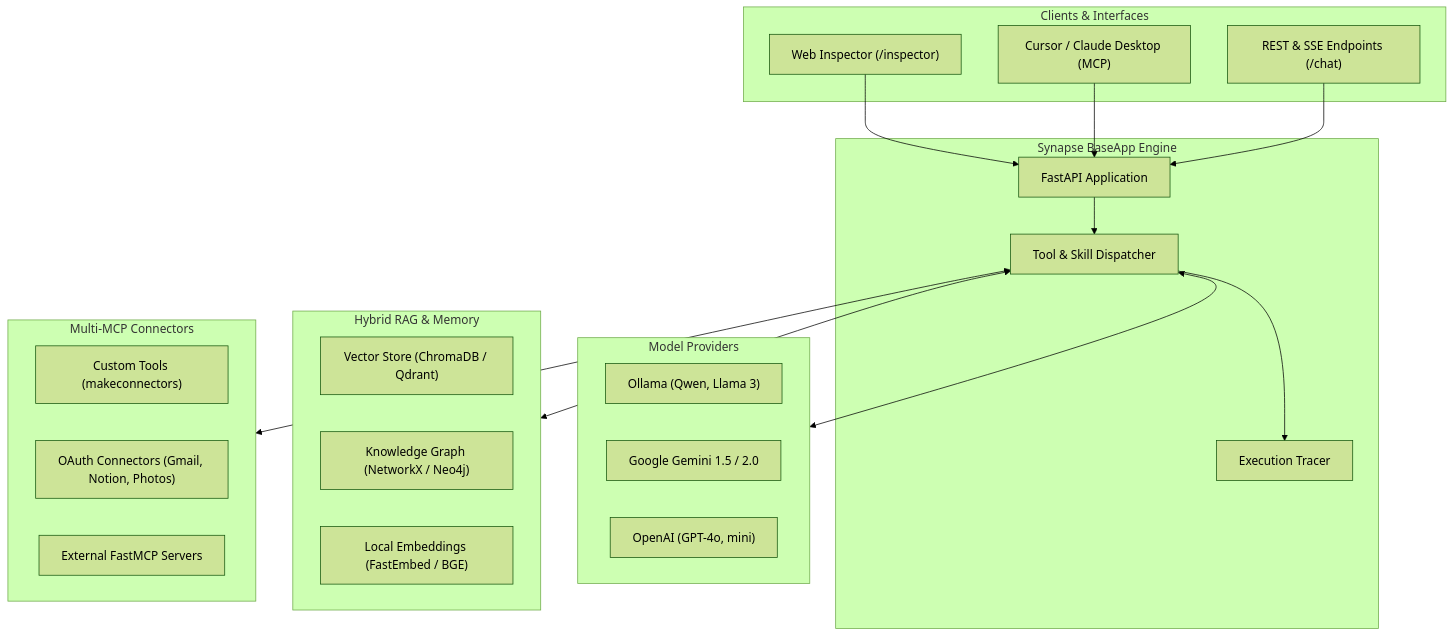
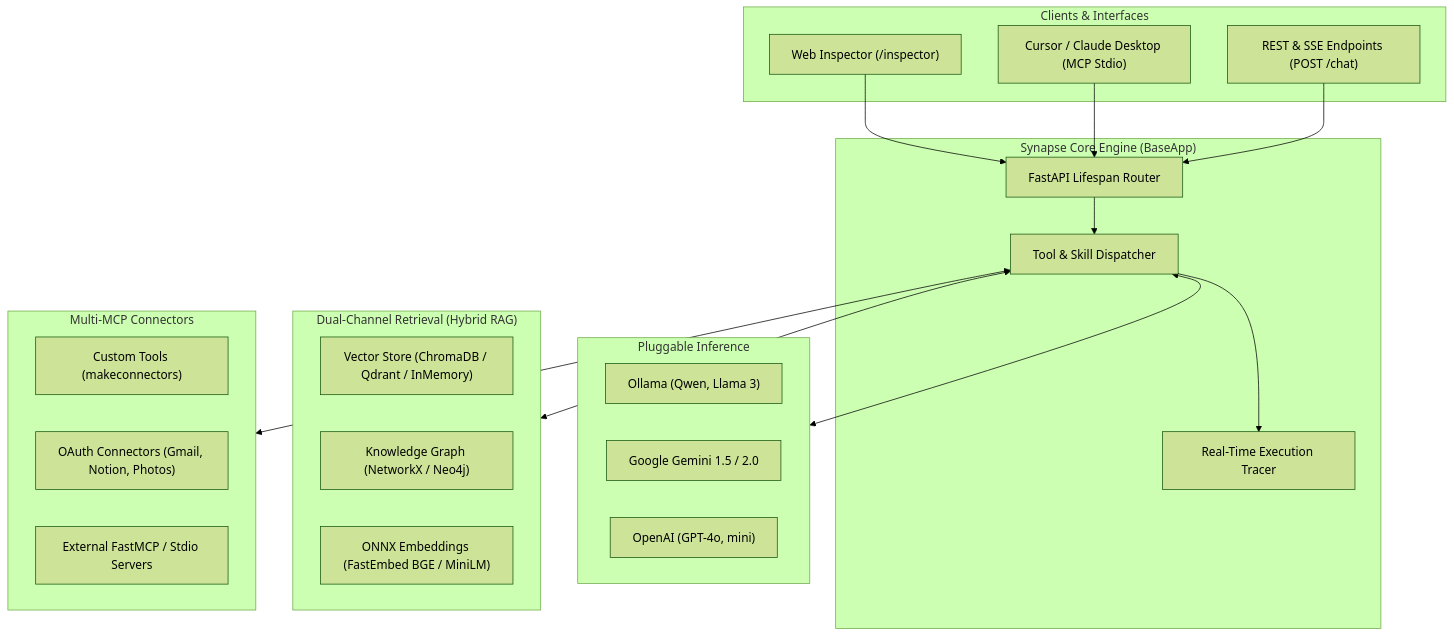
The diagram in README.md (AKASH-KUMAR-BARPANDA/synapse-framework), drawn with Mermaid (forest theme) before and after one commit. The commit also changed other lines of this file, not shown here.

````diff
--- a/README.md
+++ b/README.md
@@ -83,42 +89,42 @@
 ```mermaid
 flowchart TD
     subgraph Clients ["Clients & Interfaces"]
         UI["Web Inspector (/inspector)"]
-        CLI["Cursor / Claude Desktop (MCP)"]
-        API["REST & SSE Endpoints (/chat)"]
+        CLI["Cursor / Claude Desktop (MCP Stdio)"]
+        API["REST & SSE Endpoints (POST /chat)"]
     end
 
-    subgraph Core ["Synapse BaseApp Engine"]
-        Router["FastAPI Application"]
+    subgraph Core ["Synapse Core Engine (BaseApp)"]
+        Router["FastAPI Lifespan Router"]
         Dispatcher["Tool & Skill Dispatcher"]
-        Context["Execution Tracer"]
+        Context["Real-Time Execution Tracer"]
     end
 
-    subgraph LLM ["Model Providers"]
+    subgraph LLM ["Pluggable Inference"]
         OLL["Ollama (Qwen, Llama 3)"]
         GEM["Google Gemini 1.5 / 2.0"]
         OAI["OpenAI (GPT-4o, mini)"]
     end
 
-    subgraph Storage ["Hybrid RAG & Memory"]
-        Vec["Vector Store (ChromaDB / Qdrant)"]
+    subgraph Storage ["Dual-Channel Retrieval (Hybrid RAG)"]
+        Vec["Vector Store (ChromaDB / Qdrant / InMemory)"]
         Graph["Knowledge Graph (NetworkX / Neo4j)"]
-        Emb["Local Embeddings (FastEmbed / BGE)"]
+        Emb["ONNX Embeddings (FastEmbed BGE / MiniLM)"]
     end
 
     subgraph Tools ["Multi-MCP Connectors"]
         F1["Custom Tools (makeconnectors)"]
         F2["OAuth Connectors (Gmail, Notion, Photos)"]
-        F3["External FastMCP Servers"]
+        F3["External FastMCP / Stdio Servers"]
     end
 
     UI --> Router
     CLI --> Router
     API --> Router
 
     Router --> Dispatcher
     Dispatcher <--> LLM
     Dispatcher <--> Storage
     Dispatcher <--> Tools
     Dispatcher --> Context
 ```
````
